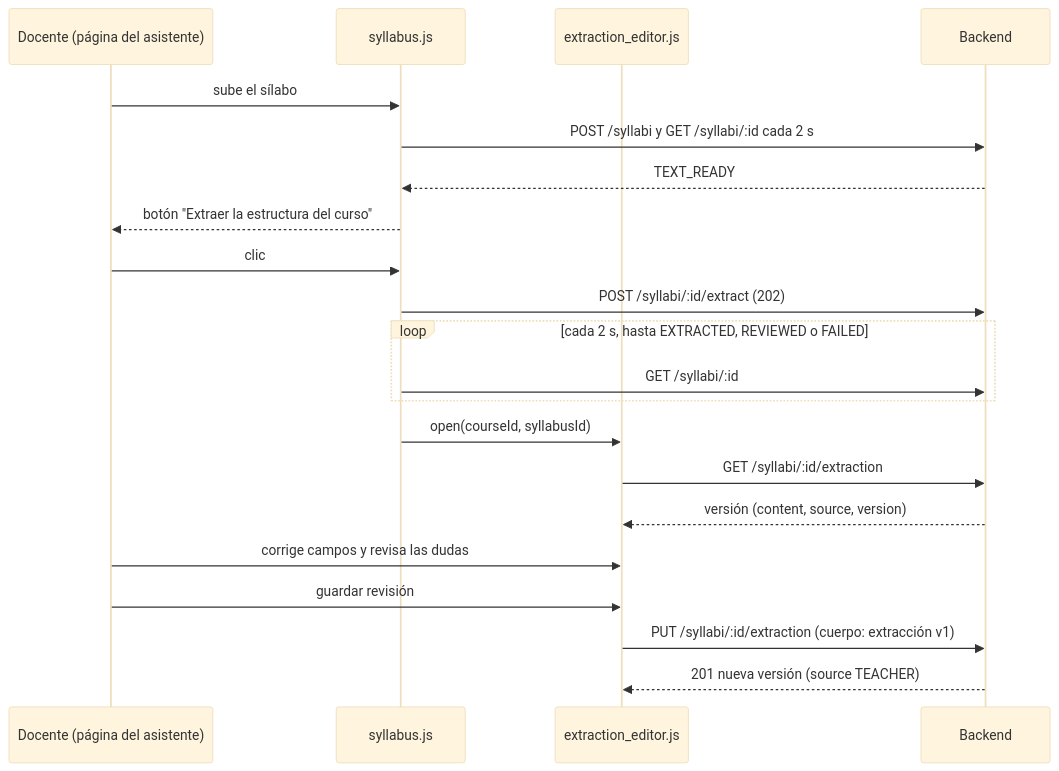
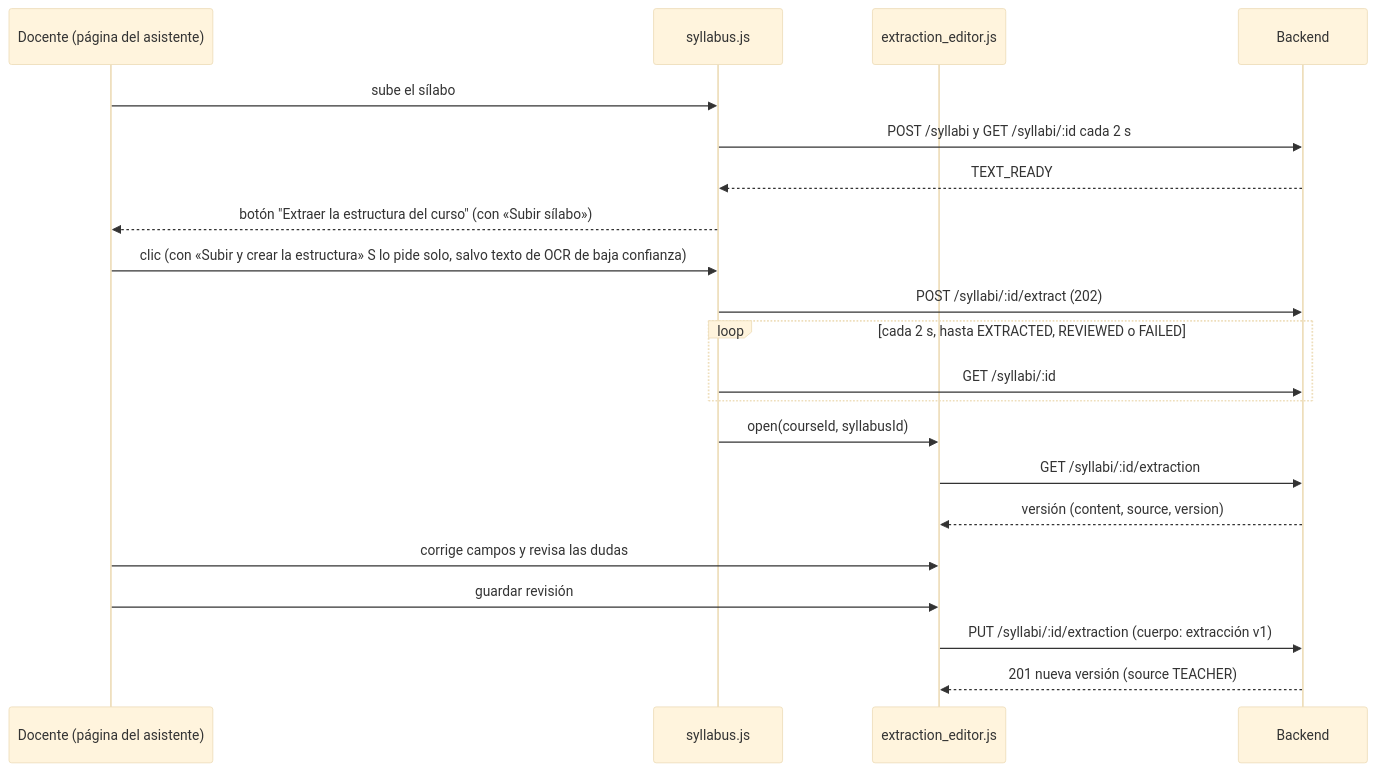
The diagram in docs/architecture/editor-extraccion.md (kiramman-mp3/sistema-gestion-aprendizaje-IA), drawn with Mermaid (base theme) before and after one commit. The commit also changed 4 other files, not shown here.

Commit message:
docs: add ADR-024 on the course structure in few steps and update the architecture notes

````diff
--- a/docs/architecture/editor-extraccion.md
+++ b/docs/architecture/editor-extraccion.md
@@ -10,23 +10,23 @@
 ```mermaid
 sequenceDiagram
     participant D as Docente (página del asistente)
     participant S as syllabus.js
     participant E as extraction_editor.js
     participant B as Backend
     D->>S: sube el sílabo
     S->>B: POST /syllabi y GET /syllabi/:id cada 2 s
     B-->>S: TEXT_READY
-    S-->>D: botón "Extraer la estructura del curso"
-    D->>S: clic
+    S-->>D: botón "Extraer la estructura del curso" (con «Subir sílabo»)
+    D->>S: clic (con «Subir y crear la estructura» S lo pide solo, salvo texto de OCR de baja confianza)
     S->>B: POST /syllabi/:id/extract (202)
     loop cada 2 s, hasta EXTRACTED, REVIEWED o FAILED
         S->>B: GET /syllabi/:id
     end
     S->>E: open(courseId, syllabusId)
     E->>B: GET /syllabi/:id/extraction
     B-->>E: versión (content, source, version)
     D->>E: corrige campos y revisa las dudas
     D->>E: guardar revisión
     E->>B: PUT /syllabi/:id/extraction (cuerpo: extracción v1)
     B-->>E: 201 nueva versión (source TEACHER)
 ```
````
